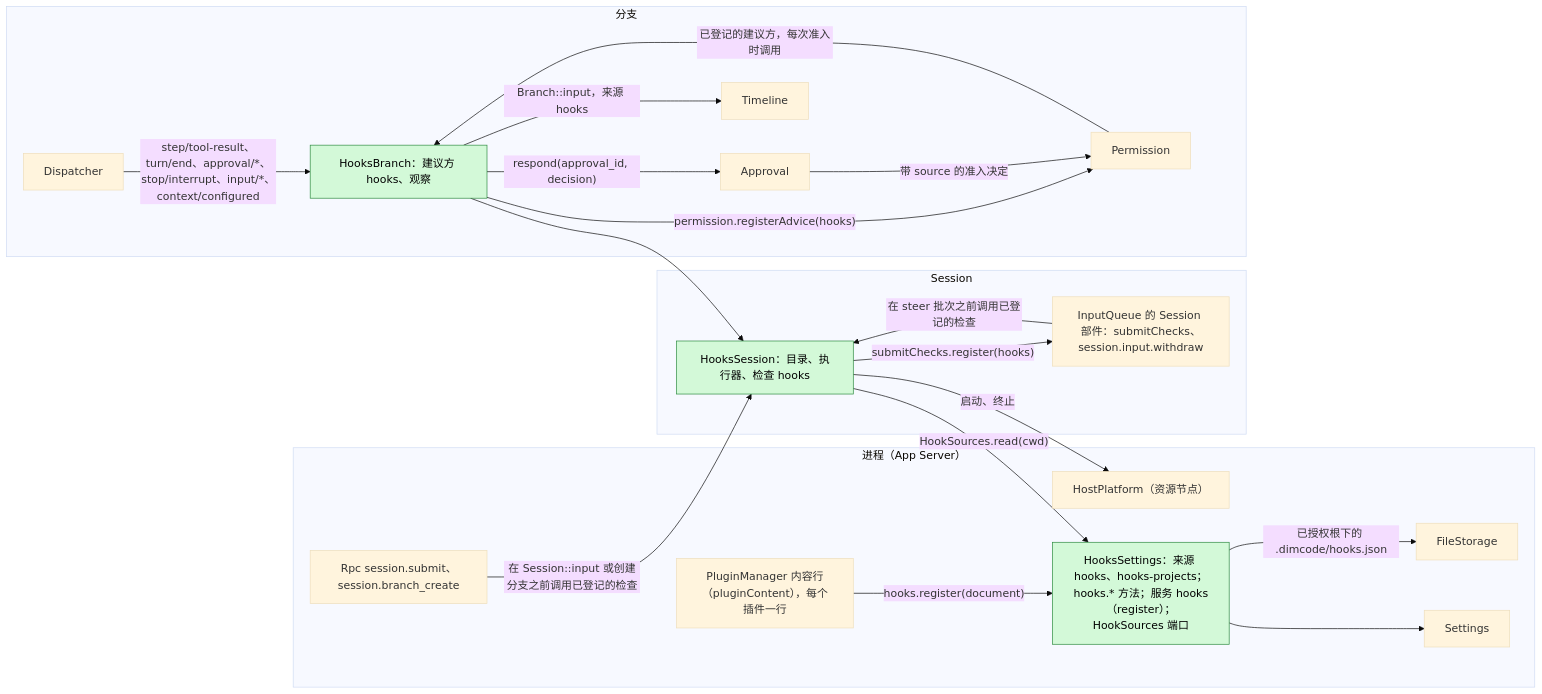
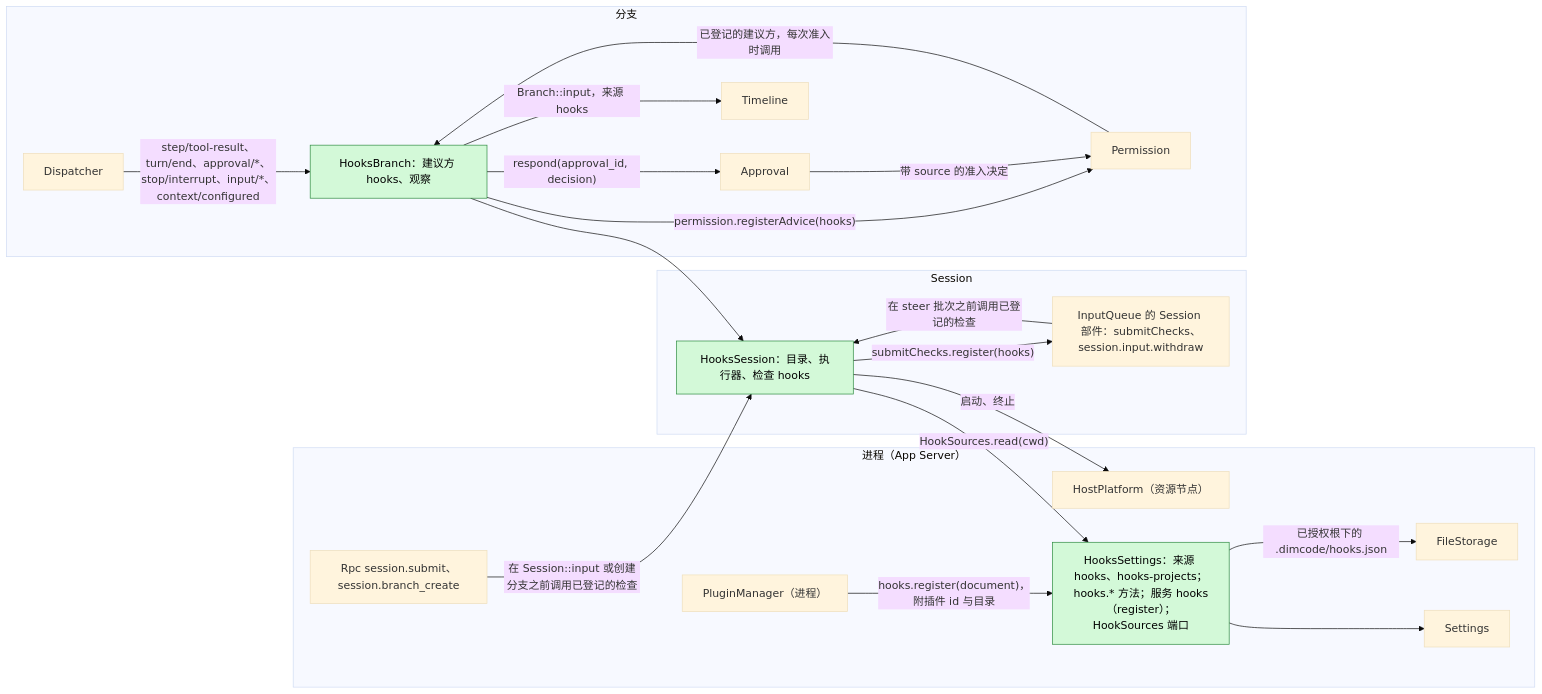
The first of 6 diagrams in docs/zh/design/plugins/Hooks.md (arcships/dim), drawn with Mermaid (base theme) before and after one commit. The commit also changed other lines of this file and 4 other files, not shown here.

Commit message:
docs(hooks): PluginManager registers plugin hooks with id and directory, following the #466 §5 change (#469)

````diff
--- a/docs/zh/design/plugins/Hooks.md
+++ b/docs/zh/design/plugins/Hooks.md
@@ -39,38 +39,38 @@
 ```mermaid
 flowchart LR
   subgraph PROC["进程（App Server）"]
     HSet["HooksSettings：来源 hooks、hooks-projects；hooks.* 方法；服务 hooks（register）；HookSources 端口"]:::new
     Settings["Settings"]
     FS["FileStorage"]
-    PC["PluginManager 内容行（pluginContent），每个插件一行"]
+    PC["PluginManager（进程）"]
     Rpc["Rpc session.submit、session.branch_create"]
     HP["HostPlatform（资源节点）"]
   end
   subgraph SESS["Session"]
     HS["HooksSession：目录、执行器、检查 hooks"]:::new
     IM["InputQueue 的 Session 部件：submitChecks、session.input.withdraw"]
   end
   subgraph BR["分支"]
     HB["HooksBranch：建议方 hooks、观察"]:::new
     AP["Approval"]
     PM["Permission"]
     TL["Timeline"]
     DP["Dispatcher"]
   end
   HSet --> Settings
   HSet -->|"已授权根下的 .dimcode/hooks.json"| FS
-  PC -->|"hooks.register(document)"| HSet
+  PC -->|"hooks.register(document)，附插件 id 与目录"| HSet
   HS -->|"HookSources.read(cwd)"| HSet
   HS -->|"启动、终止"| HP
   HS -->|"submitChecks.register(hooks)"| IM
   Rpc -->|"在 Session::input 或创建分支之前调用已登记的检查"| HS
   IM -->|"在 steer 批次之前调用已登记的检查"| HS
   HB --> HS
   HB -->|"permission.registerAdvice(hooks)"| PM
   AP -->|"带 source 的准入决定"| PM
   PM -->|"已登记的建议方，每次准入时调用"| HB
   HB -->|"respond(approval_id, decision)"| AP
   HB -->|"Branch::input，来源 hooks"| TL
   DP -->|"step/tool-result、turn/end、approval/*、stop/interrupt、input/*、context/configured"| HB
   classDef new fill:#d3f9d8,stroke:#2b8a3e,color:#000
 ```
````
